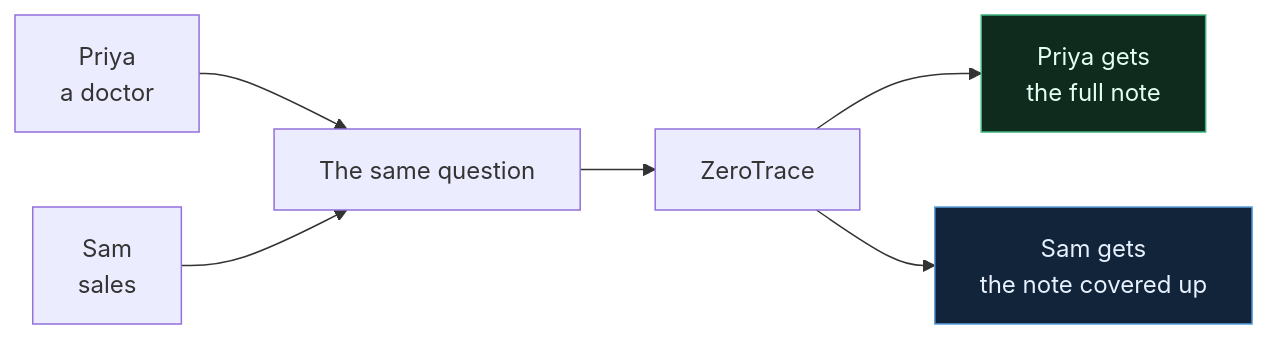
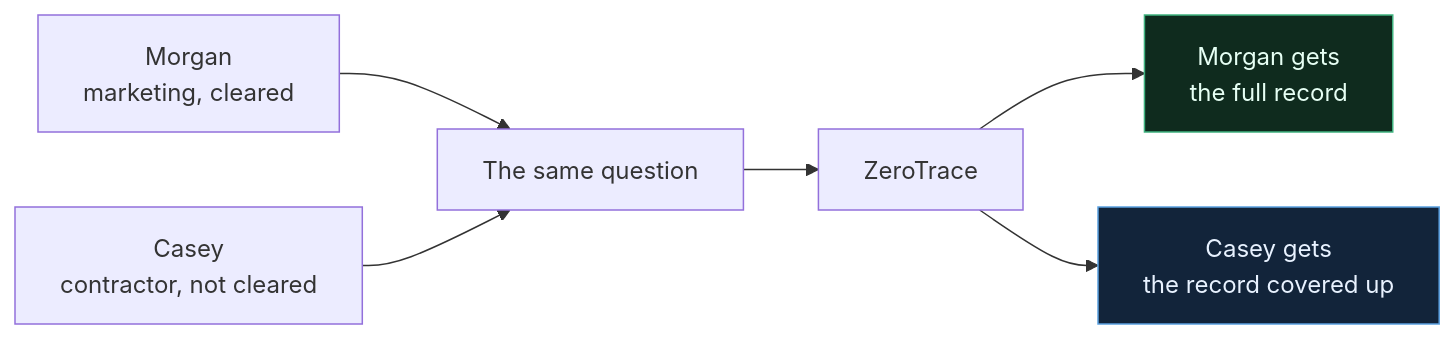
One commit to Parth-P-Parekh/Zero-Trace- changed the first of 8 diagrams in docs/07_PART_A_TECH_STACK.md. Above: the diagram before and after it, drawn with Mermaid. The commit also changed other lines of this file and 61 other files, not shown here.

````diff
--- a/docs/07_PART_A_TECH_STACK.md
+++ b/docs/07_PART_A_TECH_STACK.md
@@ -31,11 +31,11 @@
 ```mermaid
 flowchart LR
-  P["Priya<br/>a doctor"] --> Q["The same question"]
-  S["Sam<br/>sales"] --> Q
+  P["Morgan<br/>marketing, cleared"] --> Q["The same question"]
+  S["Casey<br/>contractor, not cleared"] --> Q
   Q --> Z["ZeroTrace"]
-  Z --> A1["Priya gets<br/>the full note"]
-  Z --> A2["Sam gets<br/>the note covered up"]
+  Z --> A1["Morgan gets<br/>the full record"]
+  Z --> A2["Casey gets<br/>the record covered up"]
 
   style A1 fill:#0f2b1e,stroke:#3fb27f,color:#e6fff4
   style A2 fill:#12243a,stroke:#5aa0e0,color:#e8f2ff
 ```
````
